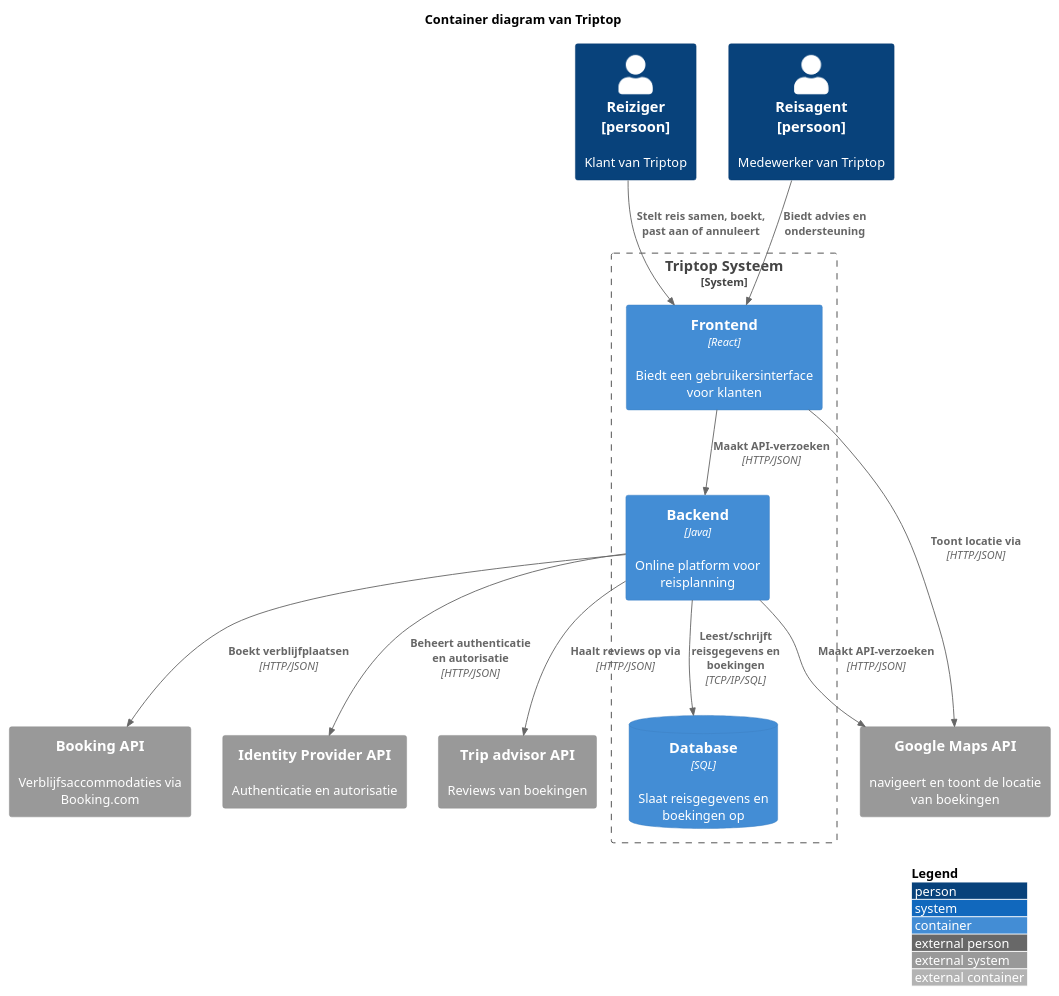
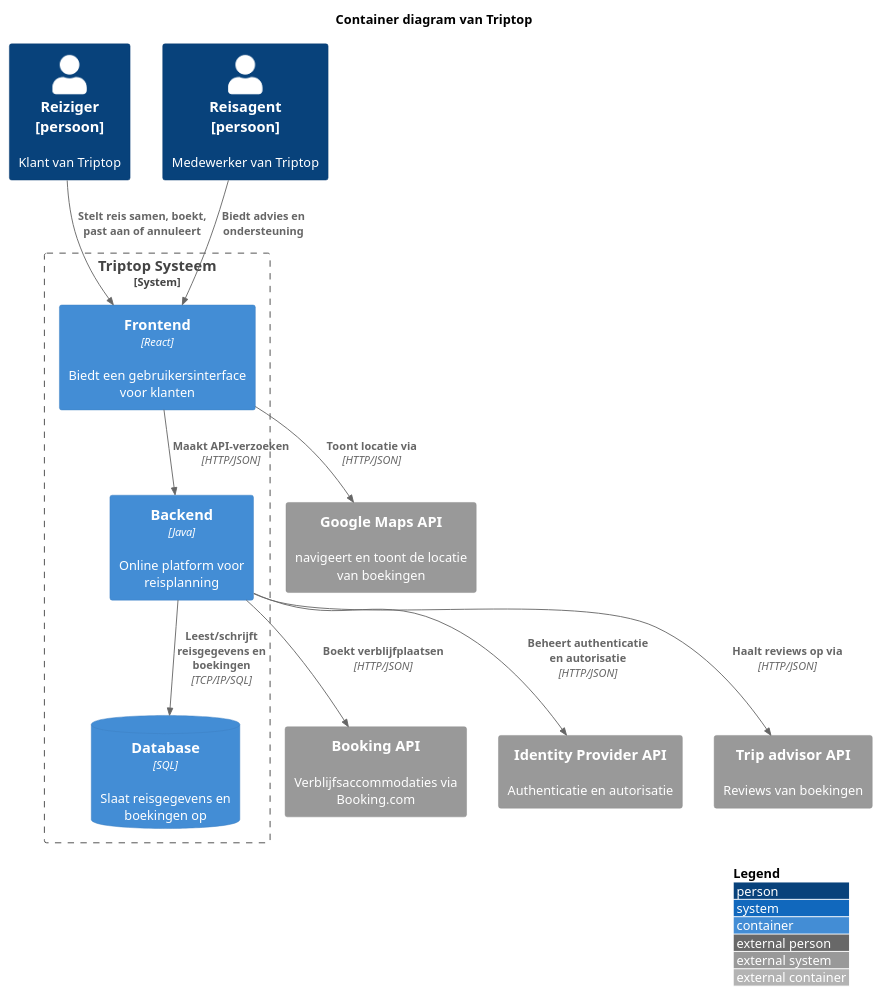
Before and after one commit to AIM-ENE-feb25/triptop-groep-b3: the diagram in software-guidebook/groep-container-diagram.puml, drawn with PlantUML. The commit also changed 8 other files, not shown here.

Commit message:
added text to diagrams and changed container diagram to match

```diff
--- a/software-guidebook/groep-container-diagram.puml
+++ b/software-guidebook/groep-container-diagram.puml
@@ -1,34 +1,33 @@
 @startuml
 !include <C4/C4>
 !include <C4/C4_Context>
 !include <C4/C4_Container>
 
 LAYOUT_WITH_LEGEND()
 
 title Container diagram van Triptop
 
 Person(reiziger, "Reiziger\n[persoon]", "Klant van Triptop")
 Person(reisagent, "Reisagent\n[persoon]", "Medewerker van Triptop")
 
 System_Boundary(triptop, "Triptop Systeem") {
     Container(frontend, "Frontend", "React","Biedt een gebruikersinterface voor klanten")
     Container(backend, "Backend", "Java", "Online platform voor reisplanning")
     ContainerDb(database, "Database", "SQL", "Slaat reisgegevens en boekingen op")
 }
 
 System_Ext(bookingAPI, "Booking API", "Verblijfsaccommodaties via Booking.com")
 System_Ext(MapsAPI, "Google Maps API", "navigeert en toont de locatie van boekingen")
 System_Ext(identityProviderAPI, "Identity Provider API", "Authenticatie en autorisatie")
 System_Ext(tripAdvisor, "Trip advisor API", "Reviews van boekingen")
 
 Rel(reiziger, frontend, "Stelt reis samen, boekt, past aan of annuleert")
 Rel(reisagent, frontend, "Biedt advies en ondersteuning")
 Rel(frontend, backend, "Maakt API-verzoeken", "HTTP/JSON")
 Rel(backend, database, "Leest/schrijft reisgegevens en boekingen", "TCP/IP/SQL")
 Rel(backend, bookingAPI, "Boekt verblijfplaatsen", "HTTP/JSON")
 Rel(frontend, MapsAPI, "Toont locatie via", "HTTP/JSON")
-Rel(backend, MapsAPI, "Maakt API-verzoeken", "HTTP/JSON")
 Rel(backend, identityProviderAPI, "Beheert authenticatie en autorisatie", "HTTP/JSON")
 Rel(backend, tripAdvisor, "Haalt reviews op via", "HTTP/JSON")
 
 @enduml
```
